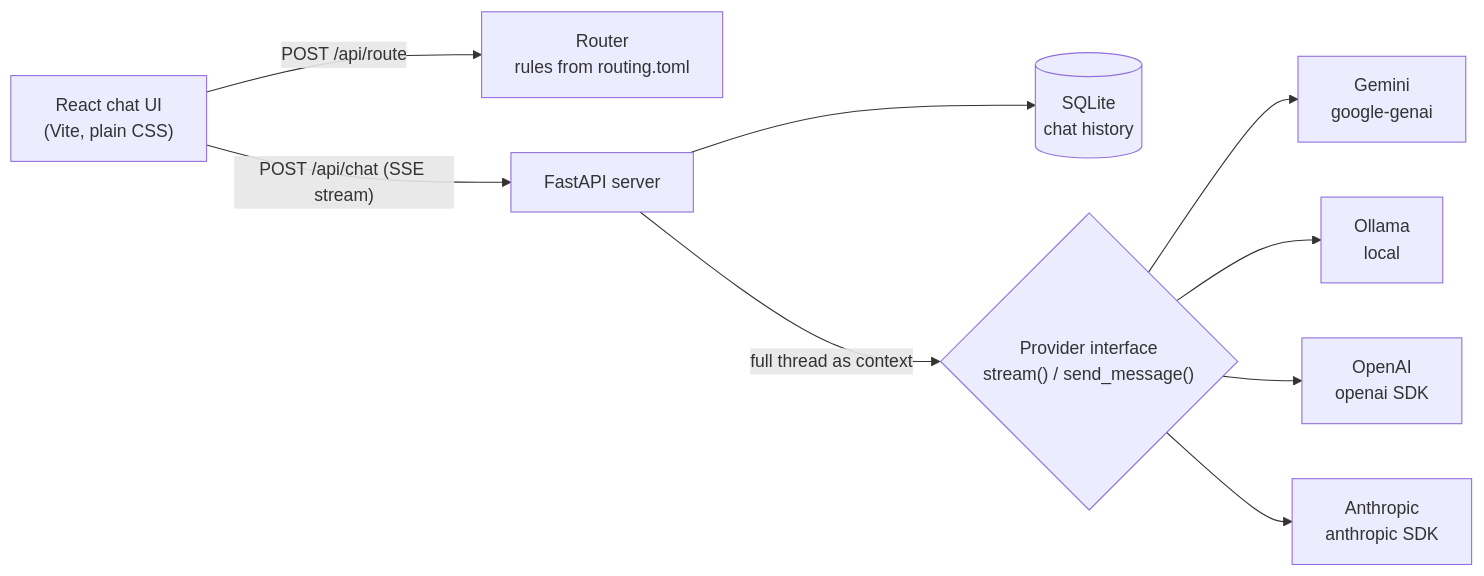
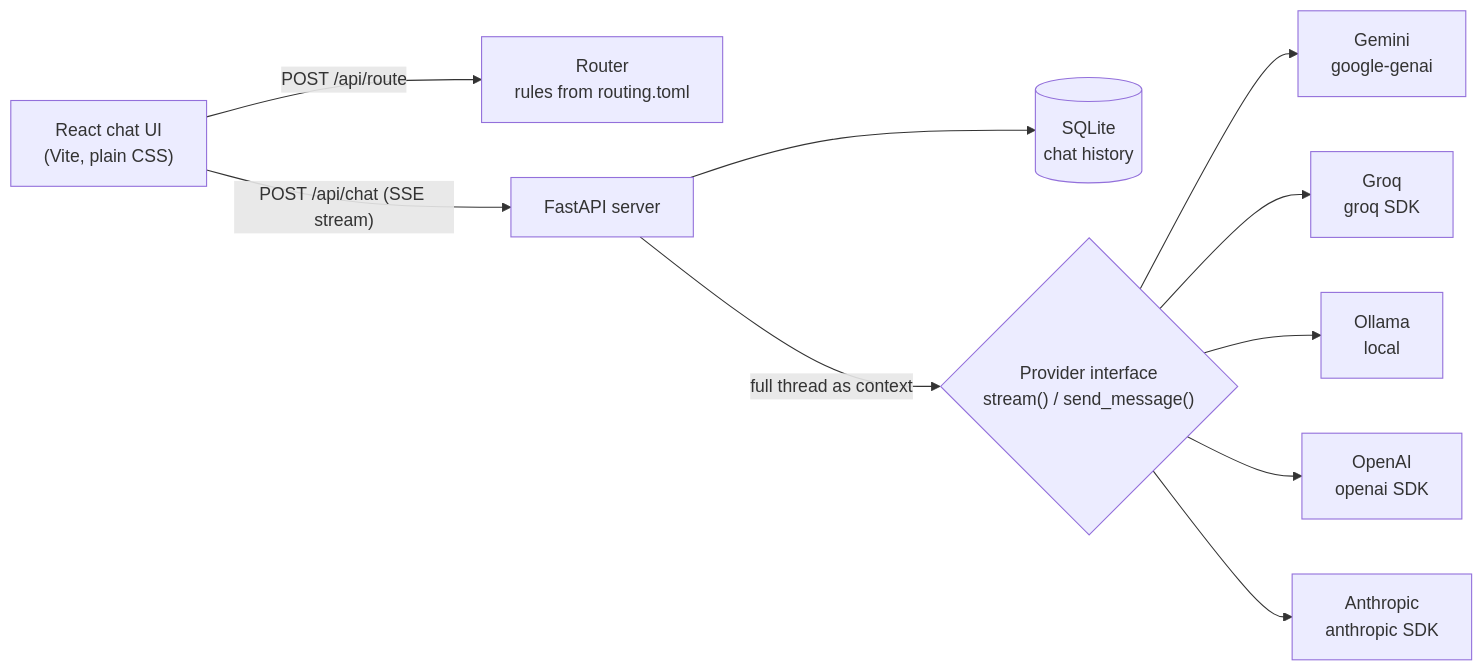
One commit to Omkar210404/AI-Router changed the diagram in README.md. Above: the diagram before and after it, drawn with Mermaid. The commit also changed other lines of this file, not shown here.

Commit message:
readme: groq and private routing

````diff
--- a/README.md
+++ b/README.md
@@ -24,11 +25,12 @@
 ```mermaid
 flowchart LR
     UI["React chat UI<br/>(Vite, plain CSS)"] -- "POST /api/route" --> R["Router<br/>rules from routing.toml"]
     UI -- "POST /api/chat (SSE stream)" --> S["FastAPI server"]
     S --> DB[("SQLite<br/>chat history")]
     S -- "full thread as context" --> P{"Provider interface<br/>stream() / send_message()"}
     P --> G["Gemini<br/>google-genai"]
+    P --> GQ["Groq<br/>groq SDK"]
     P --> O["Ollama<br/>local"]
     P --> OA["OpenAI<br/>openai SDK"]
     P --> A["Anthropic<br/>anthropic SDK"]
 ```
````
